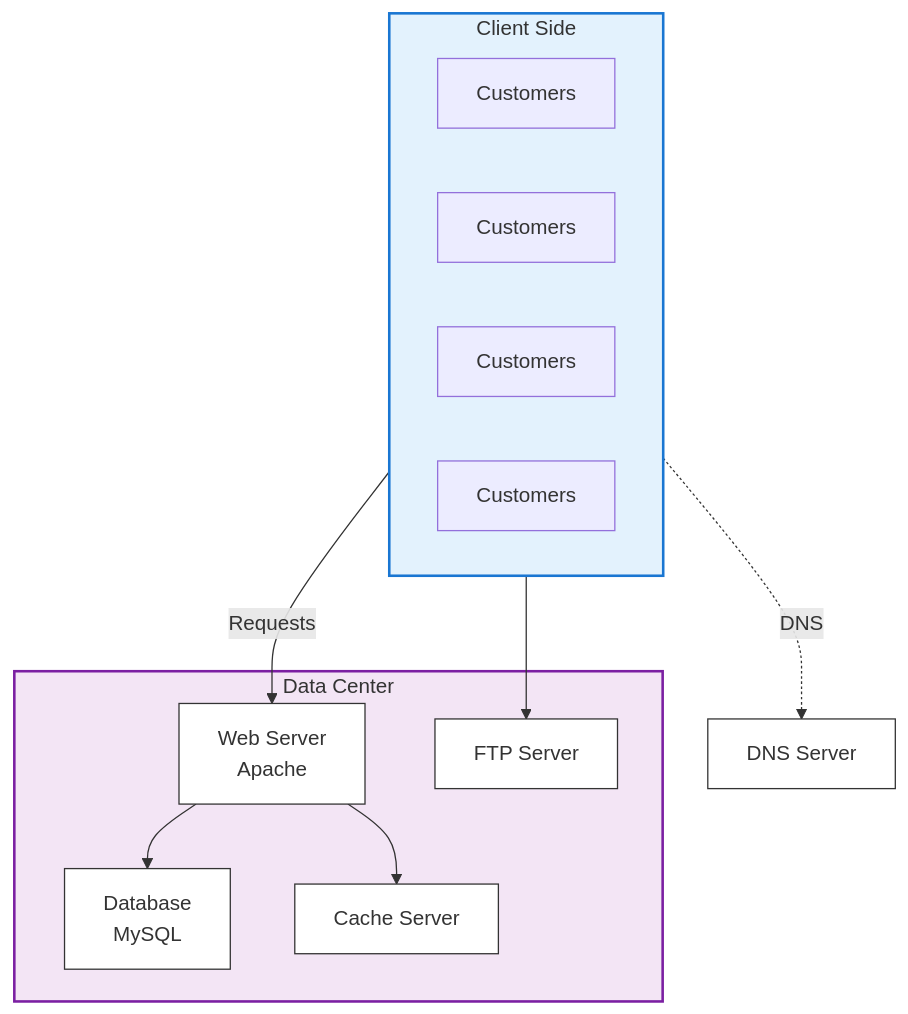
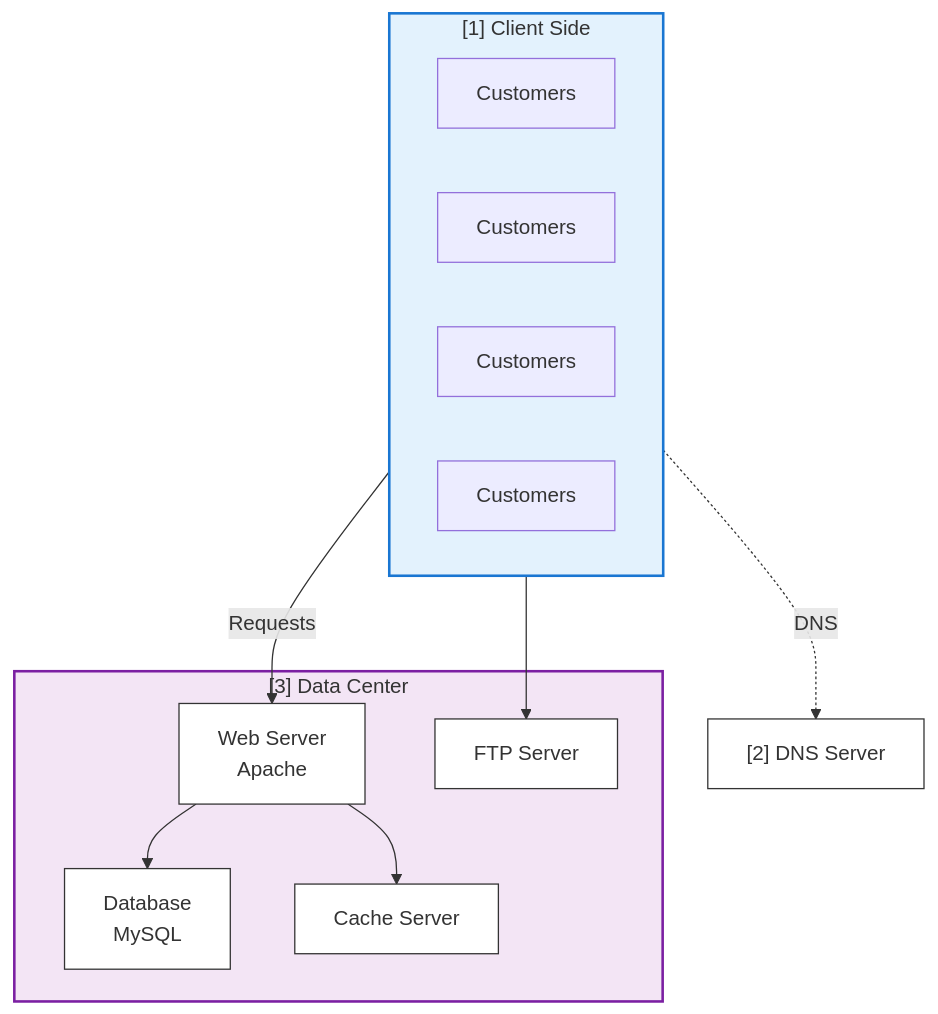
Before and after one commit to aliramazon/web-scalability-for-startup-engineers-book: the diagram in 01_core-concepts/04_isolation-services.md, drawn with Mermaid.

Commit message:
Add step numbers

````diff
--- a/01_core-concepts/04_isolation-services.md
+++ b/01_core-concepts/04_isolation-services.md
@@ -13,33 +13,33 @@
 ```mermaid
 flowchart TD
-    subgraph CLIENT[Client Side]
+    subgraph CLIENT["[1] Client Side"]
         C1[Customers]
         C2[Customers]
         C3[Customers]
         C4[Customers]
     end
 
-    subgraph DATACENTER[Data Center]
-        WEB[Web Server<br/>Apache]
-        DB[Database<br/>MySQL]
-        CACHE[Cache Server]
-        FTP[FTP Server]
+    subgraph DATACENTER["[3] Data Center"]
+        WEB["Web Server<br/>Apache"]
+        DB["Database<br/>MySQL"]
+        CACHE["Cache Server"]
+        FTP["FTP Server"]
     end
 
-    DNS[DNS Server]
+    DNS["[2] DNS Server"]
 
     CLIENT -.->|DNS| DNS
     CLIENT -->|Requests| WEB
     WEB --> DB
     WEB --> CACHE
     CLIENT --> FTP
 
     %% Styling
     classDef client fill:#e3f2fd,stroke:#1976d2,stroke-width:2px;
     classDef datacenter fill:#f3e5f5,stroke:#7b1fa2,stroke-width:2px;
     classDef server fill:#fff,stroke:#333,stroke-width:1px;
 
     class CLIENT client;
     class DATACENTER datacenter;
     class WEB,DB,CACHE,FTP,DNS server;
 ```
````
